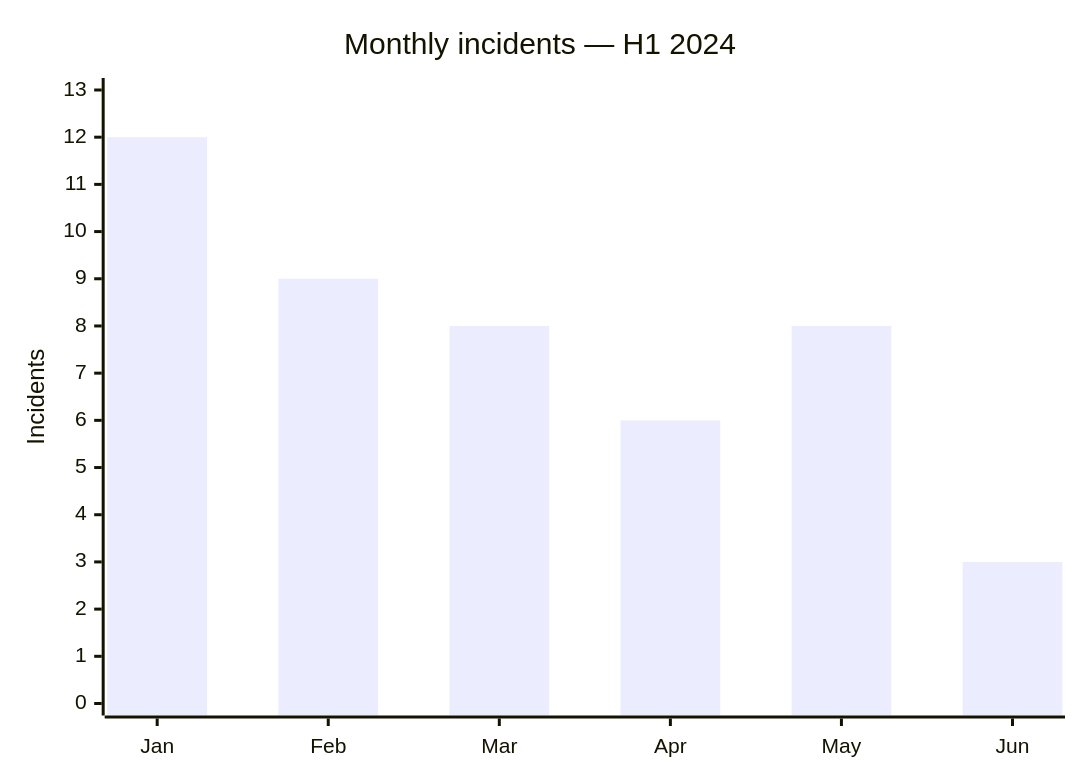
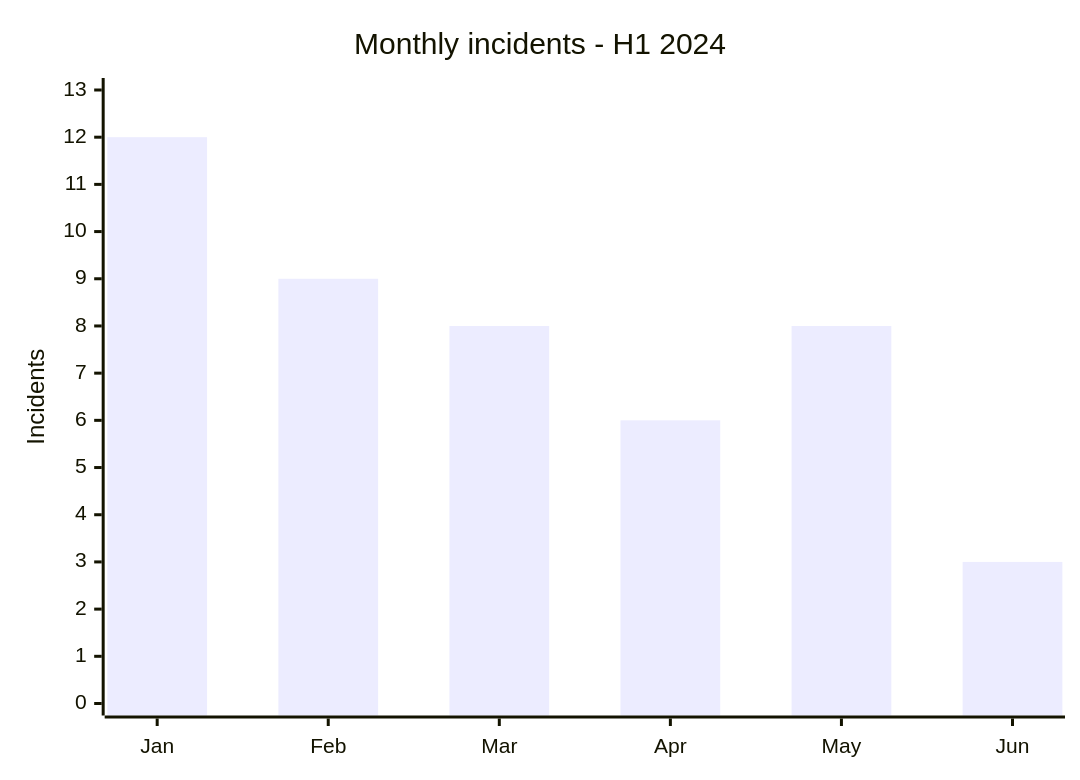
The first of 2 diagrams in CyberAttackAfrica/2024/README_H1.md (Hatchepsoute/AFRINTEL), drawn with Mermaid before and after one commit. The commit also changed other lines of this file and 182 other files, not shown here.

````diff
--- a/CyberAttackAfrica/2024/README_H1.md
+++ b/CyberAttackAfrica/2024/README_H1.md
@@ -43,7 +43,7 @@
 ```mermaid
 xychart
-    title "Monthly incidents — H1 2024"
+    title "Monthly incidents - H1 2024"
     x-axis ["Jan","Feb","Mar","Apr","May","Jun"]
     y-axis "Incidents" 0 --> 13
     bar [12,9,8,6,8,3]
 ```
````
